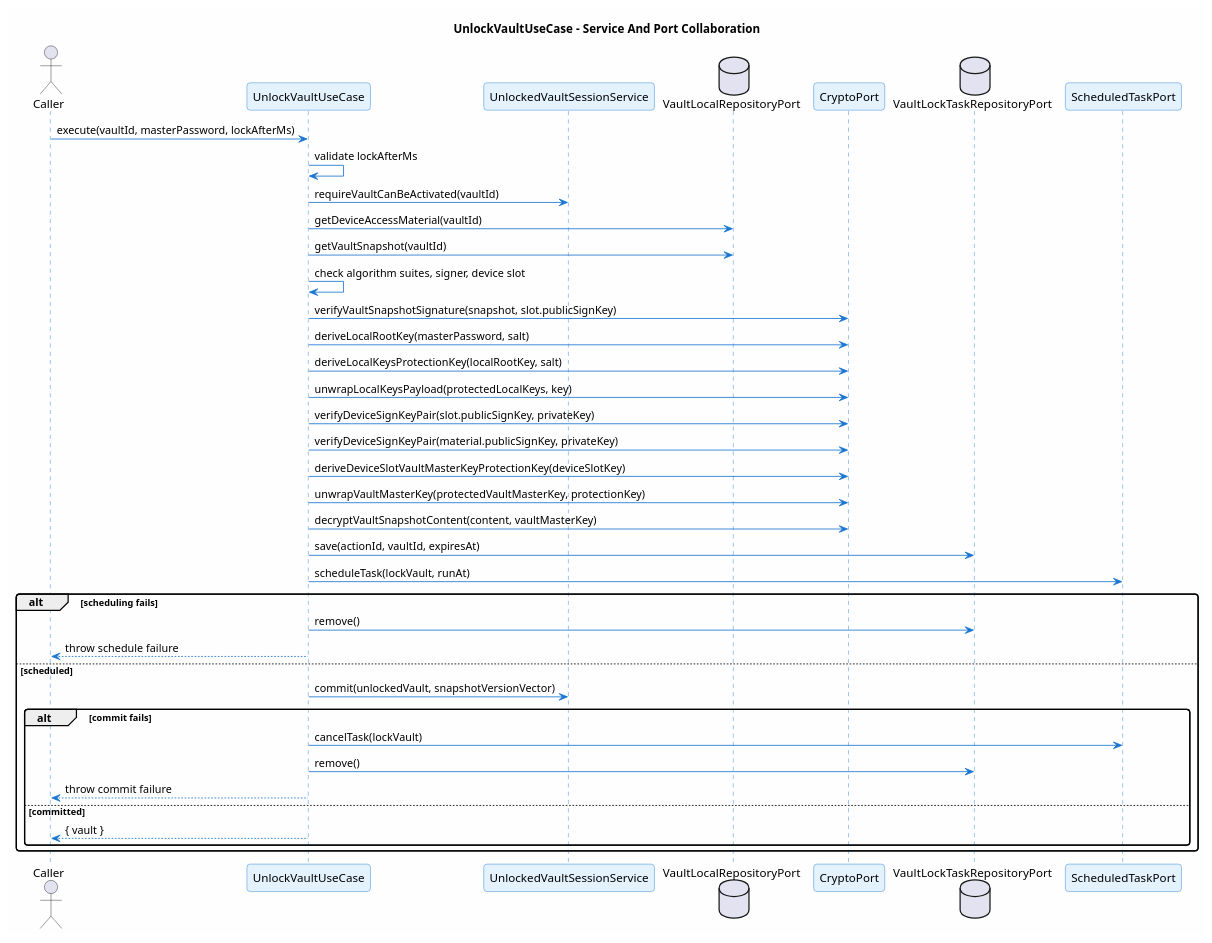
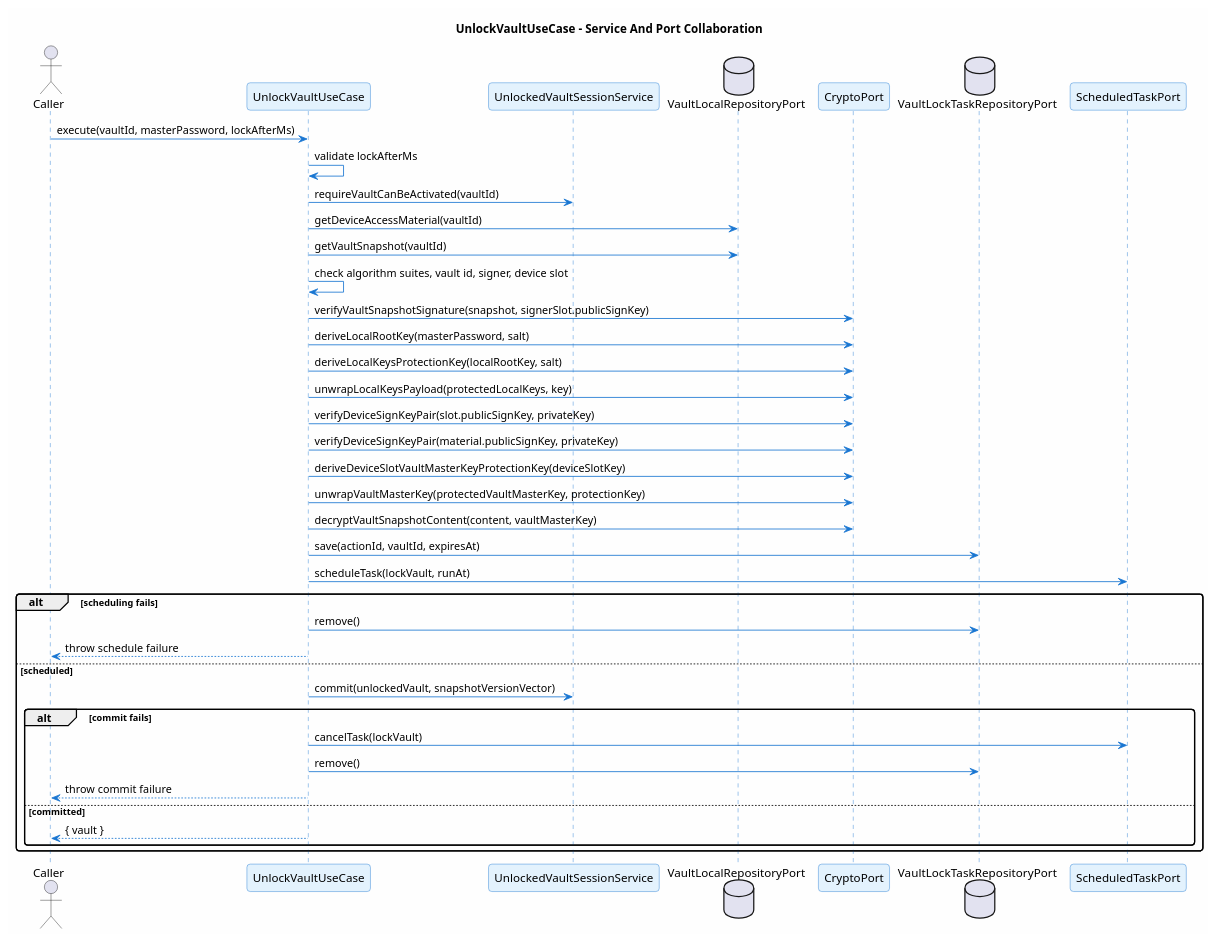
Before and after one commit to ArionStudio/engr-serverless-pm: the diagram in docs/v1/use-case/vault-lifecycle/unlock-vault.sequence.puml, drawn with PlantUML. The commit also changed 10 other files, not shown here.

Commit message:
docs: update v1 use-case diagrams

```diff
--- a/docs/v1/use-case/vault-lifecycle/unlock-vault.sequence.puml
+++ b/docs/v1/use-case/vault-lifecycle/unlock-vault.sequence.puml
@@ -1,53 +1,53 @@
 @startuml unlock-vault-sequence
 title UnlockVaultUseCase - Service And Port Collaboration
 
 skinparam backgroundColor #FEFEFE
 skinparam roundcorner 8
 skinparam shadowing false
 skinparam sequence {
   ArrowColor #1976D2
   LifeLineBorderColor #1976D2
   ParticipantBackgroundColor #E3F2FD
   ParticipantBorderColor #1976D2
 }
 
 actor Caller
 participant "UnlockVaultUseCase" as UC
 participant "UnlockedVaultSessionService" as Session
 database "VaultLocalRepositoryPort" as LocalRepo
 participant "CryptoPort" as Crypto
 database "VaultLockTaskRepositoryPort" as LockRepo
 participant "ScheduledTaskPort" as Tasks
 
 Caller -> UC : execute(vaultId, masterPassword, lockAfterMs)
 UC -> UC : validate lockAfterMs
 UC -> Session : requireVaultCanBeActivated(vaultId)
 UC -> LocalRepo : getDeviceAccessMaterial(vaultId)
 UC -> LocalRepo : getVaultSnapshot(vaultId)
-UC -> UC : check algorithm suites, signer, device slot
-UC -> Crypto : verifyVaultSnapshotSignature(snapshot, slot.publicSignKey)
+UC -> UC : check algorithm suites, vault id, signer, device slot
+UC -> Crypto : verifyVaultSnapshotSignature(snapshot, signerSlot.publicSignKey)
 UC -> Crypto : deriveLocalRootKey(masterPassword, salt)
 UC -> Crypto : deriveLocalKeysProtectionKey(localRootKey, salt)
 UC -> Crypto : unwrapLocalKeysPayload(protectedLocalKeys, key)
 UC -> Crypto : verifyDeviceSignKeyPair(slot.publicSignKey, privateKey)
 UC -> Crypto : verifyDeviceSignKeyPair(material.publicSignKey, privateKey)
 UC -> Crypto : deriveDeviceSlotVaultMasterKeyProtectionKey(deviceSlotKey)
 UC -> Crypto : unwrapVaultMasterKey(protectedVaultMasterKey, protectionKey)
 UC -> Crypto : decryptVaultSnapshotContent(content, vaultMasterKey)
 UC -> LockRepo : save(actionId, vaultId, expiresAt)
 UC -> Tasks : scheduleTask(lockVault, runAt)
 alt scheduling fails
   UC -> LockRepo : remove()
   UC --> Caller : throw schedule failure
 else scheduled
   UC -> Session : commit(unlockedVault, snapshotVersionVector)
   alt commit fails
     UC -> Tasks : cancelTask(lockVault)
     UC -> LockRepo : remove()
     UC --> Caller : throw commit failure
   else committed
     UC --> Caller : { vault }
   end
 end
 
 @enduml
```
